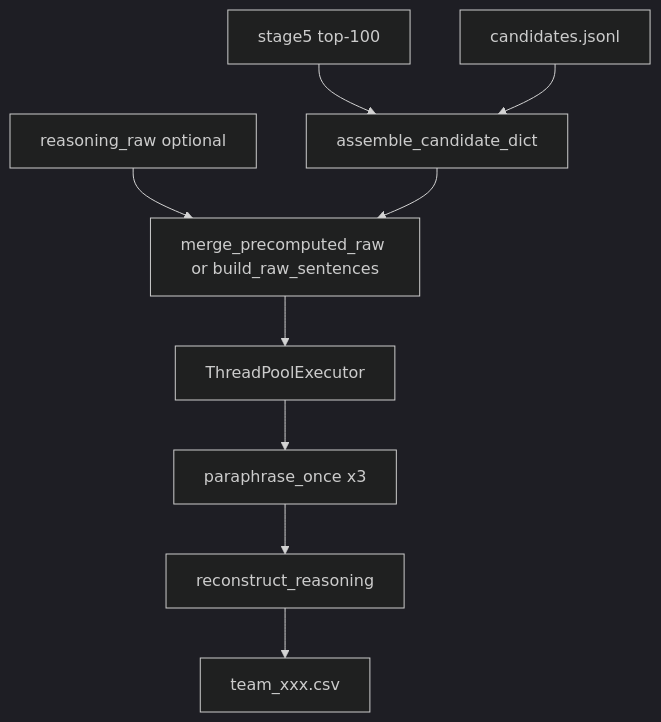
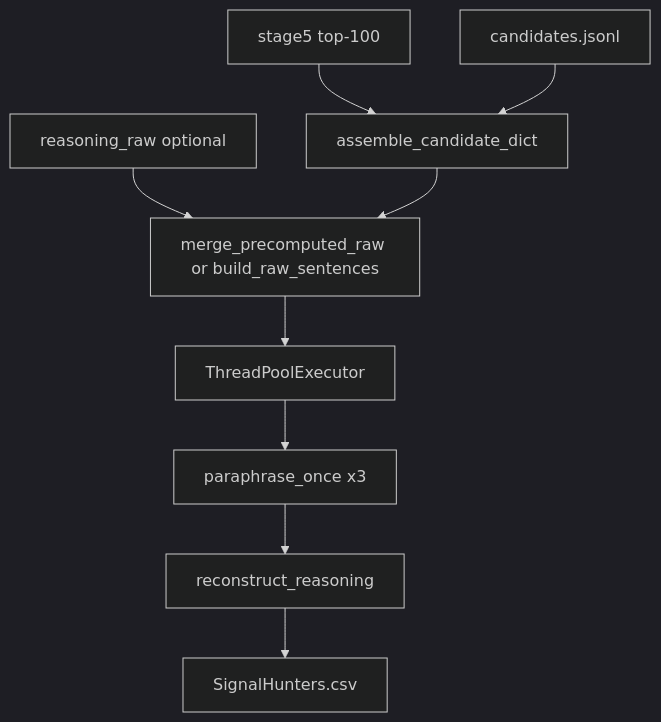
The diagram in guide/stage6-reasoning-builder.md (thzizsreev/RedRob), drawn with Mermaid (dark theme) before and after one commit. The commit also changed other lines of this file and 127 other files, not shown here.

Commit message:
Finalize hackathon submission: rank.py, apply_reasoning.py, Docker sandbox, SignalHunters pipeline

````diff
--- a/guide/stage6-reasoning-builder.md
+++ b/guide/stage6-reasoning-builder.md
@@ -76,17 +78,17 @@
 ```mermaid
 flowchart TB
   top100[stage5 top-100]
   jsonl[candidates.jsonl]
   cache[reasoning_raw optional]
   assemble[assemble_candidate_dict]
   raw[merge_precomputed_raw or build_raw_sentences]
   pool[ThreadPoolExecutor]
   para[paraphrase_once x3]
   recon[reconstruct_reasoning]
-  csv[team_xxx.csv]
+  csv[SignalHunters.csv]
   top100 --> assemble
   jsonl --> assemble
   cache --> raw
   assemble --> raw
   raw --> pool --> para --> recon --> csv
 ```
````
